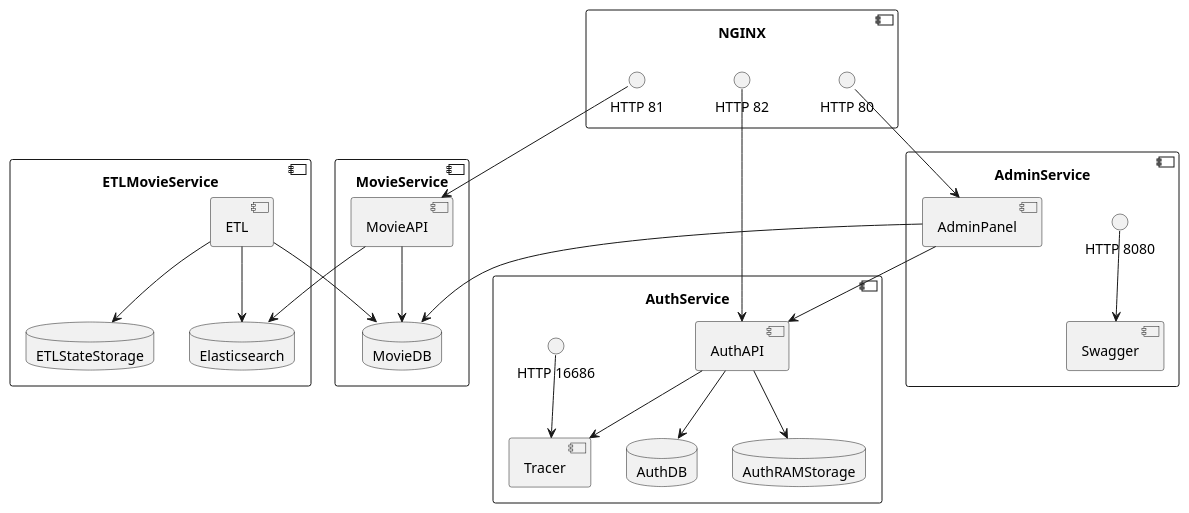
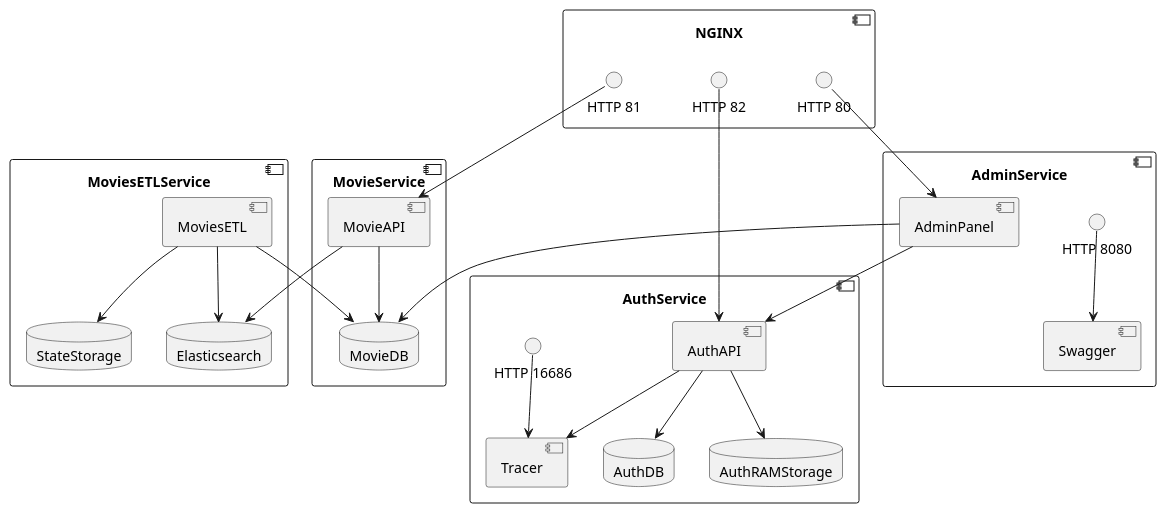
One commit to evteevakb/online-cinema changed the diagram in docs/diagrams/src/ContainerDiagramAsIs.plantuml. Above: the diagram before and after it, drawn with PlantUML. The commit also changed 4 other files, not shown here.

Commit message:
Add project TO DO diagram

```diff
--- a/docs/diagrams/src/ContainerDiagramAsIs.plantuml
+++ b/docs/diagrams/src/ContainerDiagramAsIs.plantuml
@@ -1,55 +1,55 @@
 @startuml ContainerDiagramAsIs
 skinparam componentStyle uml2
 
 component NGINX {
     interface "HTTP 80" as AdminPort
     interface "HTTP 81" as MovieAPIPort
     interface "HTTP 82" as AuthPort
 }
 
 component AdminService {
     [AdminPanel]
     [Swagger]
     interface "HTTP 8080" as SwaggerPort
 }
 
 component MovieService {
     [MovieAPI]
     database MovieDB
 }
 
-component ETLMovieService {
-    [ETL]
-    database ETLStateStorage
+component MoviesETLService {
+    [MoviesETL]
+    database StateStorage
     database Elasticsearch
 }
 
 component AuthService {
     [AuthAPI]
     [Tracer]
     database AuthDB
     database AuthRAMStorage
     interface "HTTP 16686" as JaegerPort
 }
 
 AdminPort --> [AdminPanel]
 MovieAPIPort --> [MovieAPI]
 AuthPort --> [AuthAPI]
 SwaggerPort --> [Swagger]
 JaegerPort --> [Tracer]
 
 [AdminPanel] --> MovieDB
 [AdminPanel] --> [AuthAPI]
 
 [MovieAPI] --> MovieDB
 [MovieAPI] --> Elasticsearch
 
-[ETL] --> MovieDB
-[ETL] --> Elasticsearch
-[ETL] --> ETLStateStorage
+[MoviesETL] --> MovieDB
+[MoviesETL] --> Elasticsearch
+[MoviesETL] --> StateStorage
 
 [AuthAPI] --> AuthDB
 [AuthAPI] --> AuthRAMStorage
 [AuthAPI] --> [Tracer]
 
 @enduml
```
